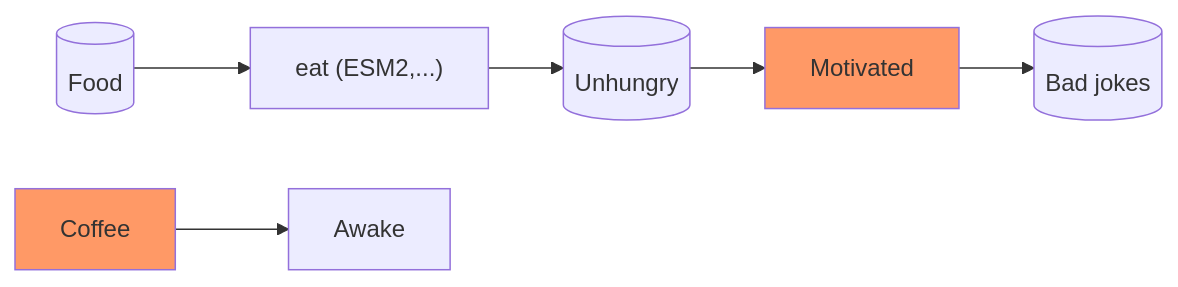
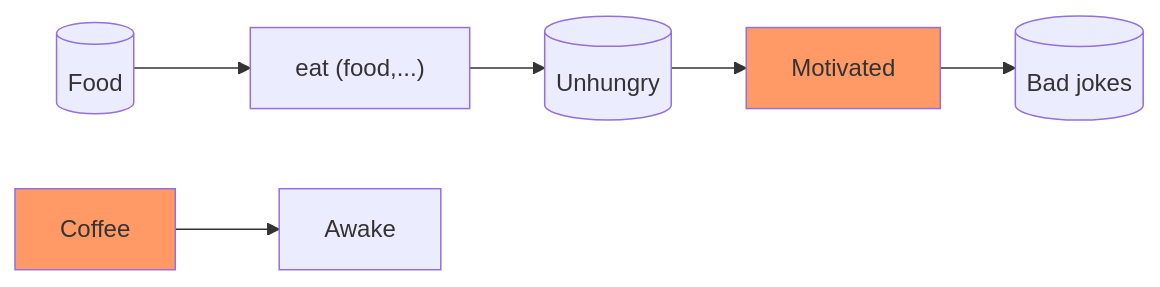
One commit to did10/testt changed the diagram in doc/some-feature.md. Above: the diagram before and after it, drawn with Mermaid.

````diff
--- a/doc/some-feature.md
+++ b/doc/some-feature.md
@@ -18,6 +18,6 @@
 ```{mermaid}
 graph LR
-id1[(Food)] --> id2["eat #40;ESM2,...#41;"] --> db[(Unhungry)] --> pip["Motivated"]:::redish  --> pred_db[(Bad jokes)]
+id1[(Food)] --> id2["eat #40;food,...#41;"] --> db[(Unhungry)] --> pip["Motivated"]:::redish  --> pred_db[(Bad jokes)]
 fnn[Coffee]:::redish  --> Awake
 classDef redish fill:#f96
 ```
````
